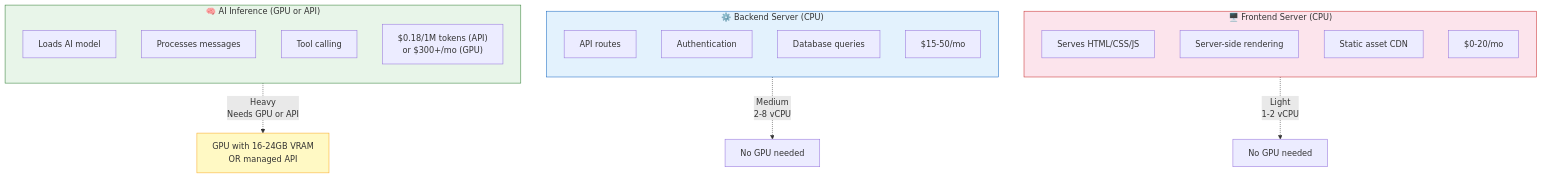
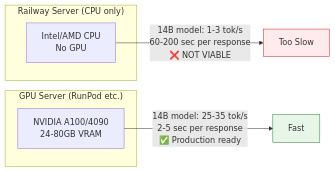
The third of 4 diagrams in .docs/runbooks/ai-hosting/server-types-explained.md (pelchers/IDEAS_MANAGEMENT), drawn with Mermaid before and after one commit. The commit also changed other lines of this file and 1 other file, not shown here.

First line of the commit message:
Rewrite hosting docs: clear explanation of API vs self-hosted GPU

````diff
--- a/.docs/runbooks/ai-hosting/server-types-explained.md
+++ b/.docs/runbooks/ai-hosting/server-types-explained.md
@@ -7,35 +53,16 @@
 ```mermaid
-graph TB
-    subgraph FE["🖥️ Frontend Server (CPU)"]
-        direction TB
-        FE1["Serves HTML/CSS/JS"]
-        FE2["Server-side rendering"]
-        FE3["Static asset CDN"]
-        FE4["$0-20/mo"]
+graph LR
+    subgraph Railway["Railway Server (CPU only)"]
+        CPU["Intel/AMD CPU<br/>No GPU"]
     end
 
-    subgraph BE["⚙️ Backend Server (CPU)"]
-        direction TB
-        BE1["API routes"]
-        BE2["Authentication"]
-        BE3["Database queries"]
-        BE4["$15-50/mo"]
+    subgraph GPU_Server["GPU Server (RunPod etc.)"]
+        GPU["NVIDIA A100/4090<br/>24-80GB VRAM"]
     end
 
-    subgraph AI["🧠 AI Inference (GPU or API)"]
-        direction TB
-        AI1["Loads AI model"]
-        AI2["Processes messages"]
-        AI3["Tool calling"]
-        AI4["$0.18/1M tokens (API)<br/>or $300+/mo (GPU)"]
-    end
+    CPU -->|"14B model: 1-3 tok/s<br/>60-200 sec per response<br/>❌ NOT VIABLE"| SLOW["Too Slow"]
+    GPU -->|"14B model: 25-35 tok/s<br/>2-5 sec per response<br/>✅ Production ready"| FAST["Fast"]
 
-    FE -.->|"Light<br/>1-2 vCPU"| CPU1["No GPU needed"]
-    BE -.->|"Medium<br/>2-8 vCPU"| CPU2["No GPU needed"]
-    AI -.->|"Heavy<br/>Needs GPU or API"| GPU["GPU with 16-24GB VRAM<br/>OR managed API"]
-
-    style FE fill:#fce4ec,stroke:#c62828
-    style BE fill:#e3f2fd,stroke:#1565c0
-    style AI fill:#e8f5e9,stroke:#2e7d32
-    style GPU fill:#fff9c4,stroke:#f9a825
+    style SLOW fill:#ffebee,stroke:#c62828
+    style FAST fill:#e8f5e9,stroke:#2e7d32
 ```
````
